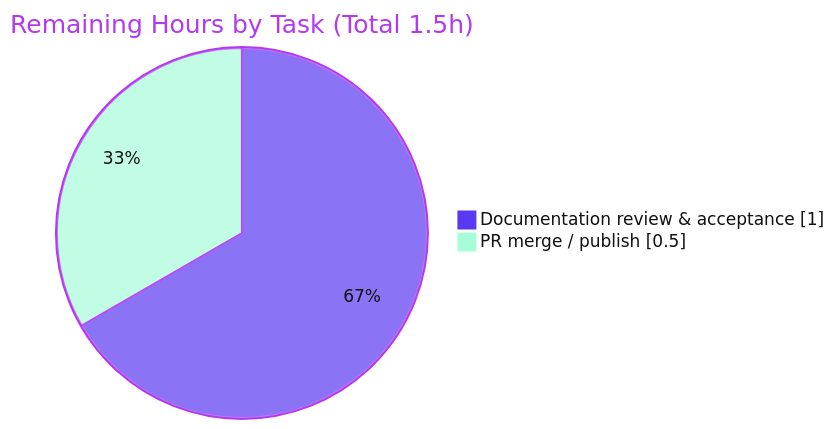
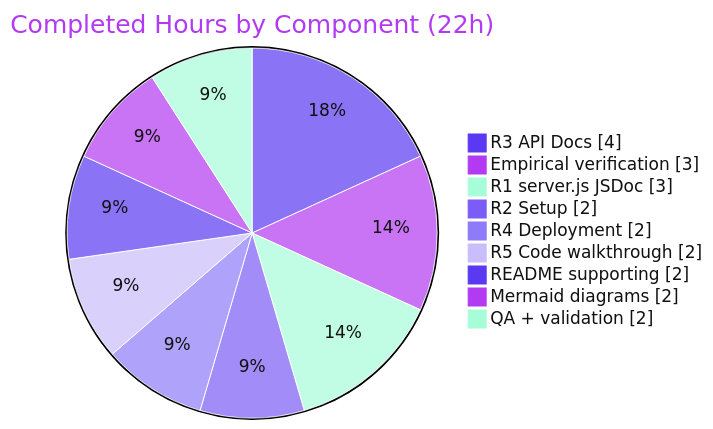
The third of 3 diagrams in blitzy/documentation/Project Guide.md (lakshya-blitzy/march_repo_hello_world), drawn with Mermaid before and after one commit. The commit also changed other lines of this file, not shown here.

Commit message:
Adding Blitzy Project Guide: Project Status and Human Tasks Remaining

````diff
--- a/blitzy/documentation/Project Guide.md
+++ b/blitzy/documentation/Project Guide.md
@@ -203,6 +208,13 @@
 ```mermaid
-%%{init: {'theme':'base','themeVariables':{'pie1':'#5B39F3','pie2':'#A8FDD9','pieStrokeColor':'#B23AF2','pieStrokeWidth':'2px','pieOuterStrokeColor':'#B23AF2','pieTitleTextColor':'#B23AF2','pieSectionTextColor':'#111111','pieLegendTextColor':'#111111'}}}%%
-pie showData title Remaining Hours by Task (Total 1.5h)
-    "Documentation review & acceptance" : 1.0
-    "PR merge / publish" : 0.5
+%%{init: {'theme':'base','themeVariables':{'pie1':'#5B39F3','pie2':'#B23AF2','pie3':'#A8FDD9','pie4':'#7C5CF6','pie5':'#8E7BF9','pie6':'#C9BEFB','pie7':'#5B39F3','pie8':'#B23AF2','pie9':'#A8FDD9','pieStrokeColor':'#FFFFFF','pieStrokeWidth':'1px','pieTitleTextColor':'#B23AF2','pieSectionTextColor':'#111111','pieLegendTextColor':'#111111'}}}%%
+pie showData title Completed Hours by Component (22h)
+    "R3 API Docs" : 4
+    "Empirical verification" : 3
+    "R1 server.js JSDoc" : 3
+    "R2 Setup" : 2
+    "R4 Deployment" : 2
+    "R5 Code walkthrough" : 2
+    "README supporting" : 2
+    "Mermaid diagrams" : 2
+    "QA + validation" : 2
 ```
````
